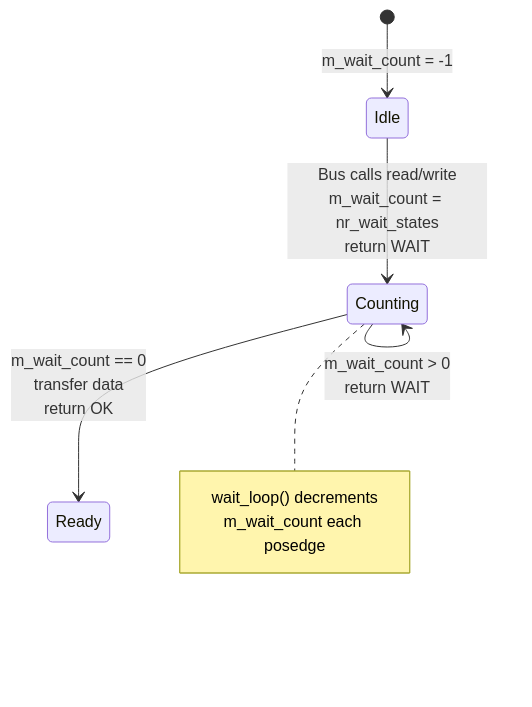
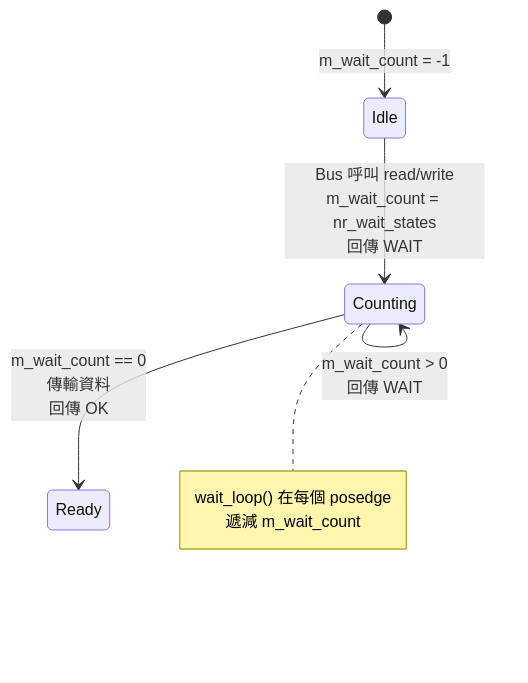
Before and after one commit to abc1199281lab-cmd/systemc_notes: the fourth of 4 diagrams in doc_v2/examples/code/sysc/simple_bus/slaves.md, drawn with Mermaid. The commit also changed other lines of this file and 8 other files, not shown here.

````diff
--- a/doc_v2/examples/code/sysc/simple_bus/slaves.md
+++ b/doc_v2/examples/code/sysc/simple_bus/slaves.md
@@ -120,9 +120,9 @@
 ```mermaid
 stateDiagram-v2
     [*] --> Idle : m_wait_count = -1
-    Idle --> Counting : Bus calls read/write<br/>m_wait_count = nr_wait_states<br/>return WAIT
-    Counting --> Counting : m_wait_count > 0<br/>return WAIT
-    Counting --> Ready : m_wait_count == 0<br/>transfer data<br/>return OK
+    Idle --> Counting : Bus 呼叫 read/write<br/>m_wait_count = nr_wait_states<br/>回傳 WAIT
+    Counting --> Counting : m_wait_count > 0<br/>回傳 WAIT
+    Counting --> Ready : m_wait_count == 0<br/>傳輸資料<br/>回傳 OK
 
-    note right of Counting : wait_loop() decrements<br/>m_wait_count each posedge
+    note right of Counting : wait_loop() 在每個 posedge<br/>遞減 m_wait_count
 ```
````
